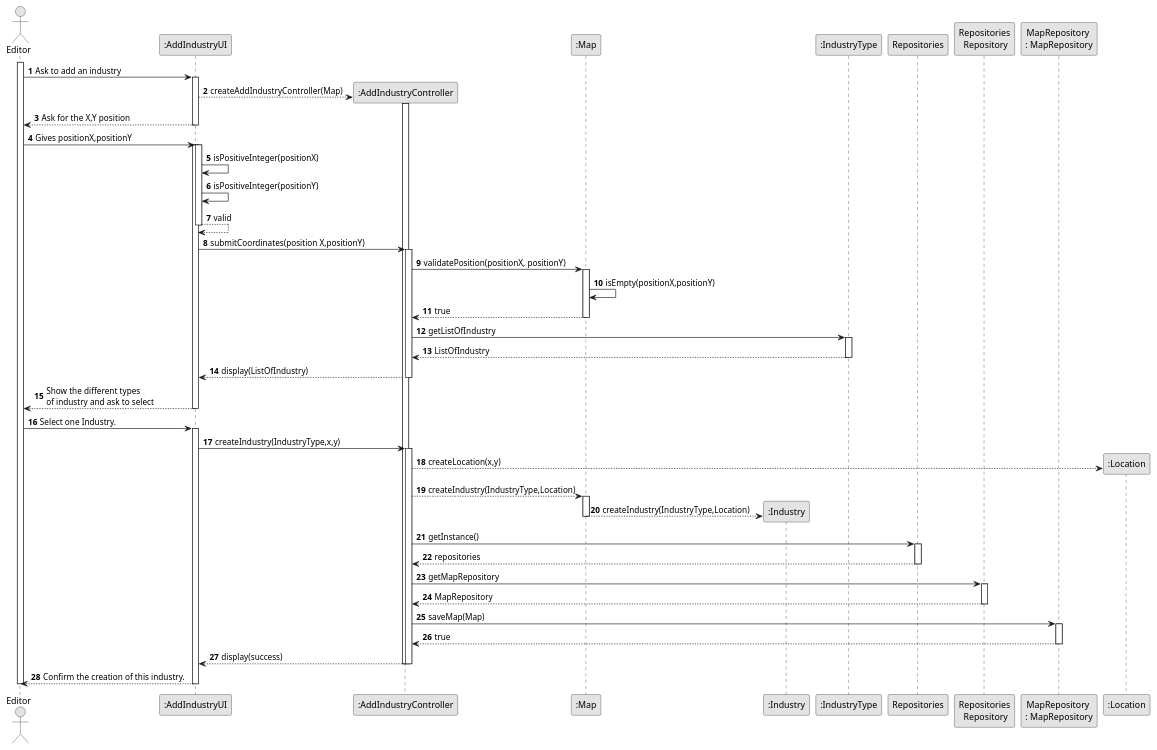
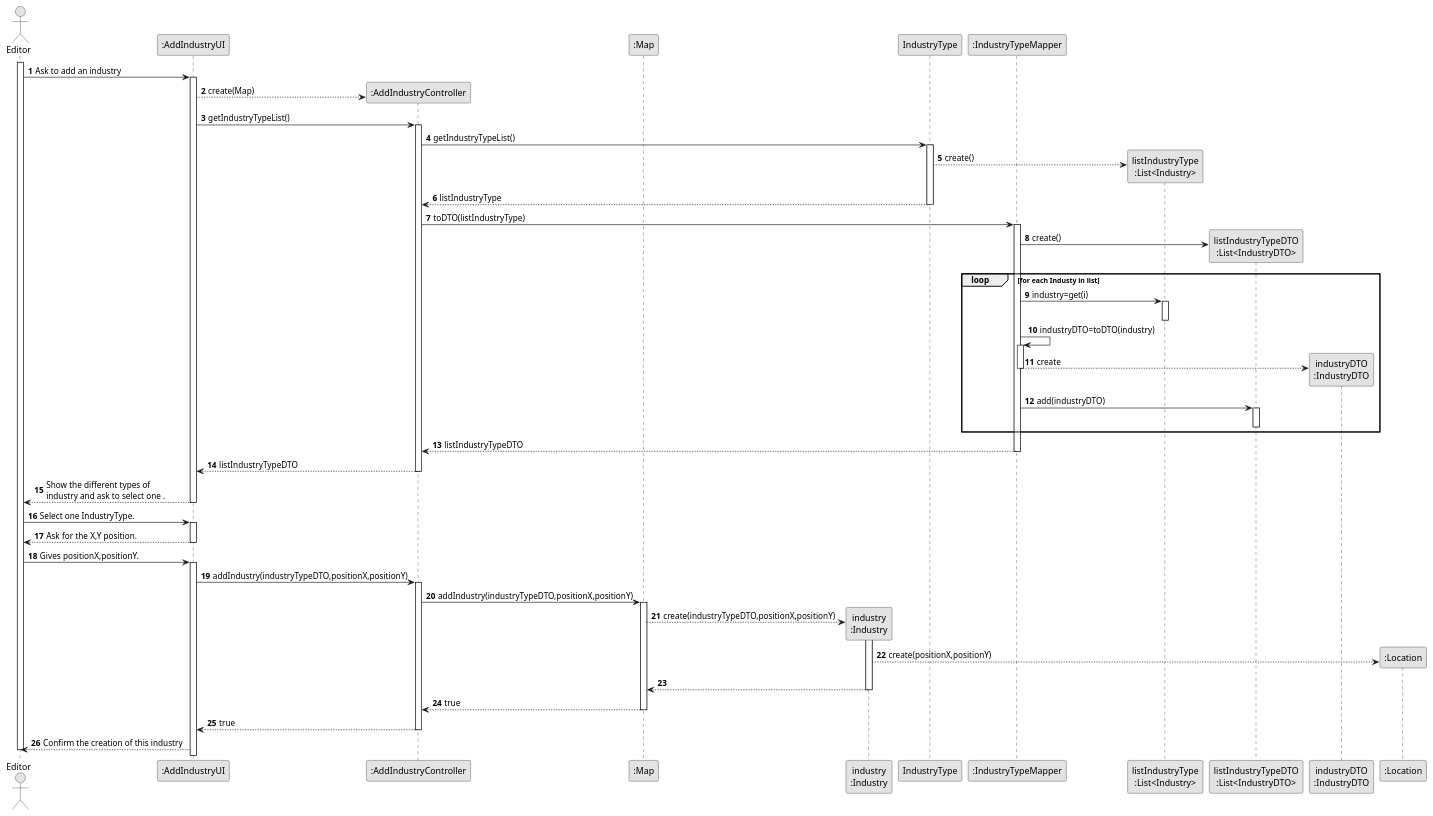
Before and after one commit to 1240826/empire-on-tracks: the diagram in docs/system-documentation/US002/03.design/puml/US002-SD-full.puml, drawn with PlantUML. The commit also changed 2 other files, not shown here.

```diff
--- a/docs/system-documentation/US002/03.design/puml/US002-SD-full.puml
+++ b/docs/system-documentation/US002/03.design/puml/US002-SD-full.puml
@@ -1,103 +1,88 @@
 @startuml
 skinparam monochrome true
 skinparam packageStyle rectangle
 skinparam shadowing false
 
 autonumber
 
 actor "Editor" as Editor
 participant ":AddIndustryUI" as UI
 participant ":AddIndustryController" as Controller
 
 participant ":Map" as Map
-participant ":Industry" as Industry
-participant ":IndustryType" as Type
+participant "industry\n:Industry" as Industry
+participant "IndustryType" as Type
+participant ":IndustryTypeMapper" as Mapper
+participant "listIndustryType\n:List<Industry>" as list
 
-participant "Repositories" as Rep
-participant "Repositories\n Repository" as Repos
-participant "MapRepository \n: MapRepository" as Repository
+participant "listIndustryTypeDTO\n:List<IndustryDTO>" as listDTO
+participant "industryDTO\n:IndustryDTO" as objDTO
+
 
 participant ":Location" as Location
 
 activate Editor
 
 Editor -> UI : Ask to add an industry
 activate UI
-UI --> Controller**: createAddIndustryController(Map)
+UI --> Controller**: create(Map)
+UI->Controller:getIndustryTypeList()
 activate Controller
+Controller->Type:getIndustryTypeList()
+activate Type
+Type-->list**:create()
+Type-->Controller:listIndustryType
+deactivate Type
+
+Controller->Mapper: toDTO(listIndustryType)
+activate Mapper
+Mapper->listDTO**:create()
+loop for each Industy in list
+Mapper->list:industry=get(i)
+activate list
+deactivate list
+
+Mapper->Mapper:industryDTO=toDTO(industry)
+activate Mapper
+Mapper-->objDTO**:create
+deactivate Mapper
+Mapper->listDTO:add(industryDTO)
+activate listDTO
+deactivate listDTO
+end
+Mapper-->Controller:listIndustryTypeDTO
+deactivate
+Controller-->UI:listIndustryTypeDTO
+deactivate Controller
+UI-->Editor:Show the different types of \nindustry and ask to select one .
+deactivate UI
+Editor->UI:Select one IndustryType.
+activate UI
+UI-->Editor:Ask for the X,Y position.
+deactivate UI
+Editor->UI:Gives positionX,positionY.
+activate UI
+UI->Controller:addIndustry(industryTypeDTO,positionX,positionY)
+activate Controller
+Controller->Map:addIndustry(industryTypeDTO,positionX,positionY)
+activate Map
+Map-->Industry**:create(industryTypeDTO,positionX,positionY)
+activate Industry
+Industry-->Location**:create(positionX,positionY)
+Industry-->Map
+deactivate Industry
+Map-->Controller:true
+deactivate Map
+Controller-->UI:true
+deactivate Controller
+UI-->Editor:Confirm the creation of this industry
 
 
-
-UI --> Editor : Ask for the X,Y position
-deactivate UI
-
-Editor -> UI : Gives positionX,positionY
-activate UI
-
-
-
-
-activate UI
-UI->UI:isPositiveInteger(positionX)
-UI->UI:isPositiveInteger(positionY)
-UI-->UI:valid
-deactivate UI
-UI -> Controller : submitCoordinates(position X,positionY)
-activate Controller
-
-
-
-
-Controller->Map:validatePosition(positionX, positionY)
-activate Map
-Map->Map:isEmpty(positionX,positionY)
-Map-->Controller:true
-deactivate Map
-Controller->Type:getListOfIndustry
-activate Type
-Type-->Controller:ListOfIndustry
-deactivate Type
-Controller-->UI: display(ListOfIndustry)
-deactivate Controller
-UI-->Editor:Show the different types \nof industry and ask to select
-deactivate UI
-Editor->UI:Select one Industry.
-activate UI
-UI->Controller: createIndustry(IndustryType,x,y)
-activate Controller
-Controller-->Location**:createLocation(x,y)
-Controller-->Map: createIndustry(IndustryType,Location)
-activate Map
-Map-->Industry**:createIndustry(IndustryType,Location)
-
-deactivate Map
-
-            Controller->Rep: getInstance()
-            activate Rep
-
-            Rep-->Controller:repositories
-            deactivate Rep
-            Controller->Repos:getMapRepository
-            activate Repos
-            Repos--> Controller:MapRepository
-            deactivate Repos
-
-            Controller->Repository:saveMap(Map)
-            activate Repository
-            Repository-->Controller:true
-            deactivate Repository
-
-
-Controller-->UI: display(success)
-deactivate Controller
-deactivate Controller
-UI-->Editor:Confirm the creation of this industry.
-deactivate UI
 
 
 
 
 
 
 deactivate Editor
 @enduml
```
